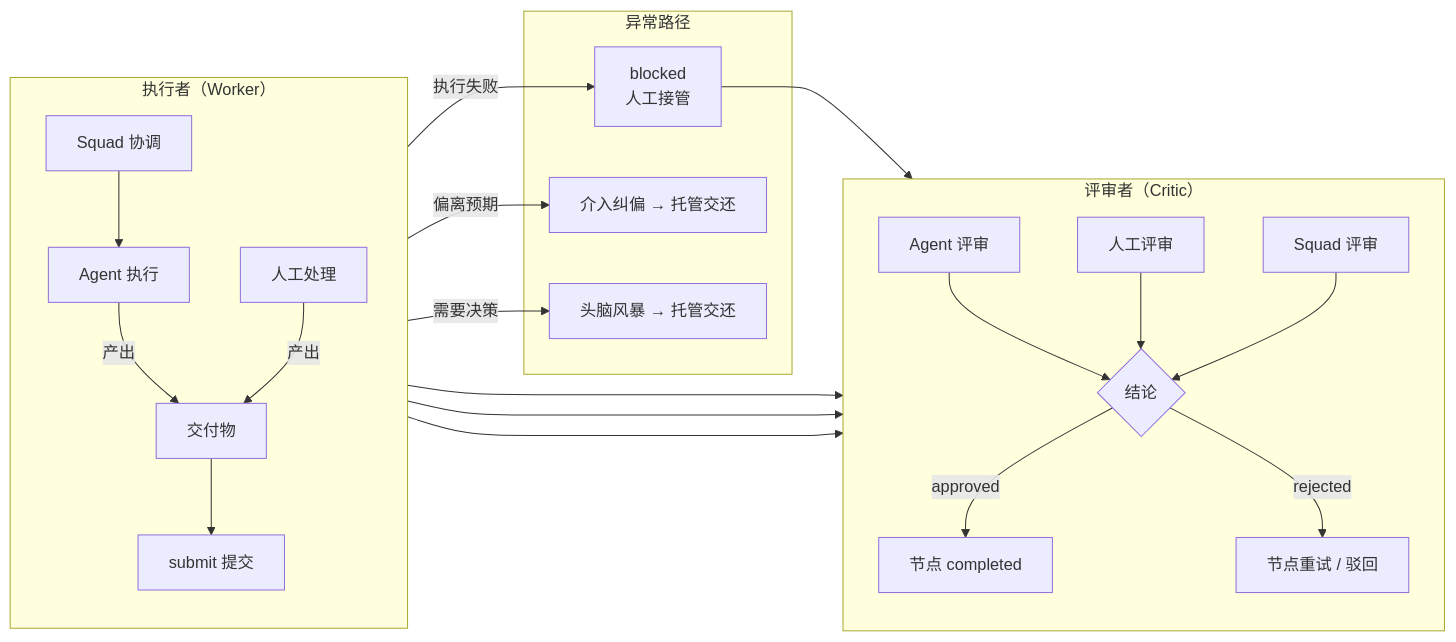
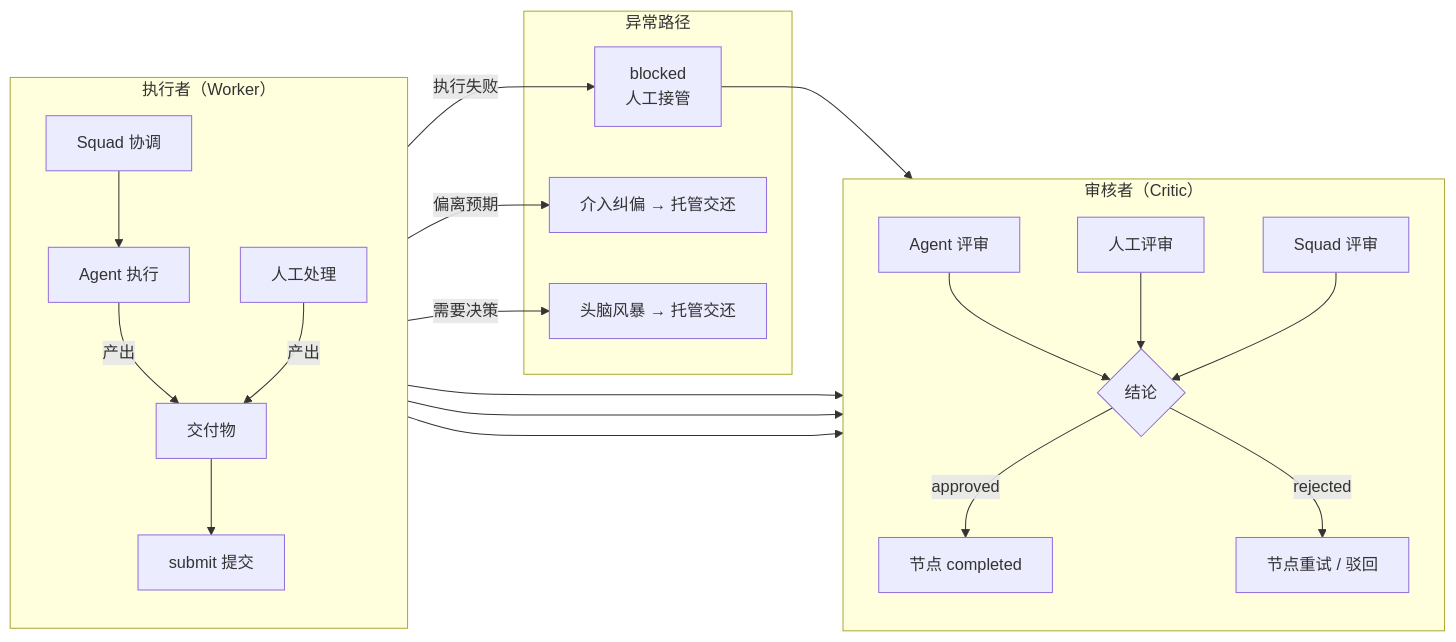
The fourth of 7 diagrams in docs/workflows/workflow-module-architecture-analysis.md (mini2s/mini-cloud), drawn with Mermaid before and after one commit. The commit also changed other lines of this file and 11 other files, not shown here.

````diff
--- a/docs/workflows/workflow-module-architecture-analysis.md
+++ b/docs/workflows/workflow-module-architecture-analysis.md
@@ -125,29 +125,29 @@
 ```mermaid
 flowchart LR
     subgraph 执行者["执行者（Worker）"]
         direction TB
         W_AG["Agent 执行"] -->|"产出"| DV["交付物"]
         W_HM["人工处理"] -->|"产出"| DV
         W_SQ["Squad 协调"] --> W_AG
         DV --> SUBMIT["submit 提交"]
     end
 
-    subgraph 评审者["评审者（Critic）"]
+    subgraph 审核者["审核者（Critic）"]
         direction TB
         SUBMIT --> C_AG["Agent 评审"]
         SUBMIT --> C_HM["人工评审"]
         SUBMIT --> C_SQ["Squad 评审"]
         C_AG --> RESULT{"结论"}
         C_HM --> RESULT
         C_SQ --> RESULT
         RESULT -->|"approved"| DONE["节点 completed"]
         RESULT -->|"rejected"| RETRY["节点重试 / 驳回"]
     end
 
     subgraph 异常["异常路径"]
         W_AG -->|"执行失败"| BLOCKED["blocked<br/>人工接管"]
         W_AG -->|"偏离预期"| CORRECT["介入纠偏 → 托管交还"]
         W_AG -->|"需要决策"| BRAIN["头脑风暴 → 托管交还"]
         BLOCKED --> RETRY
     end
 ```
````
